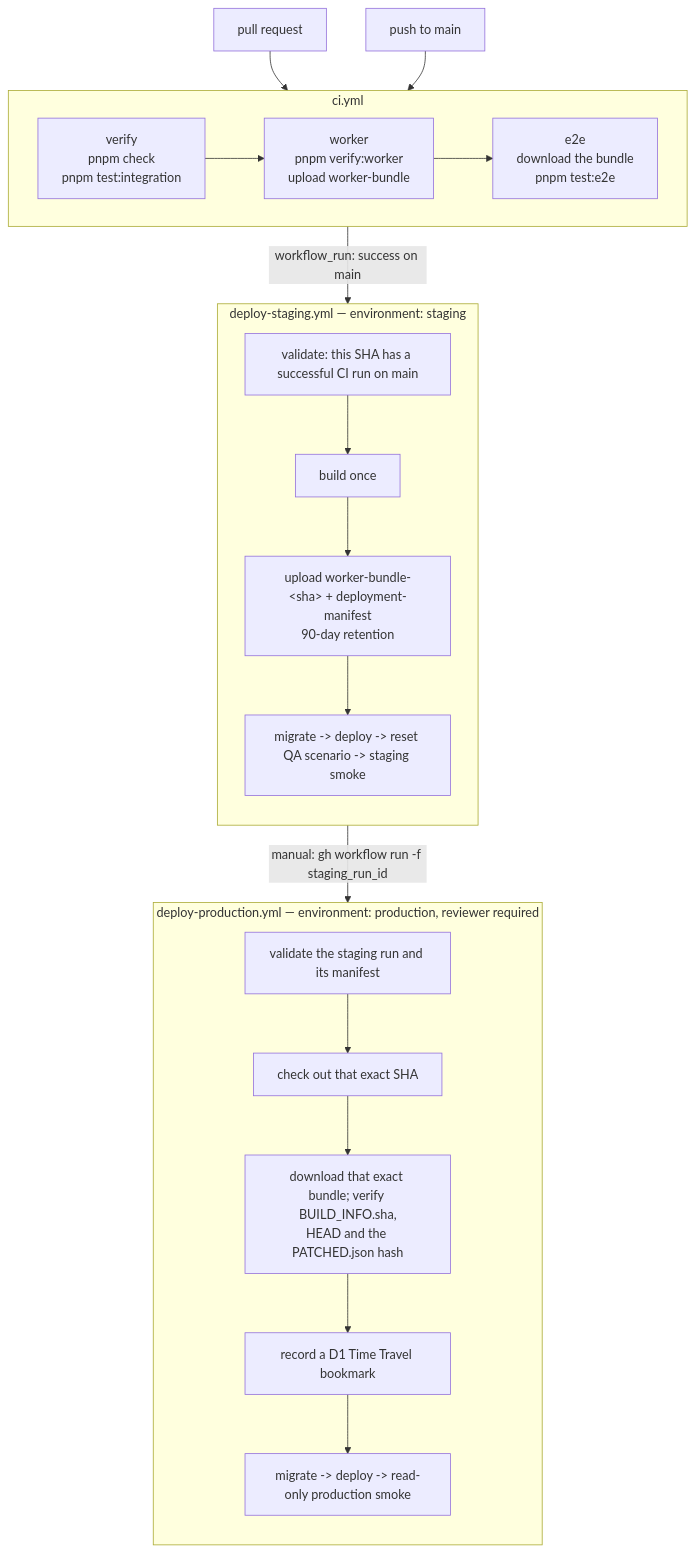
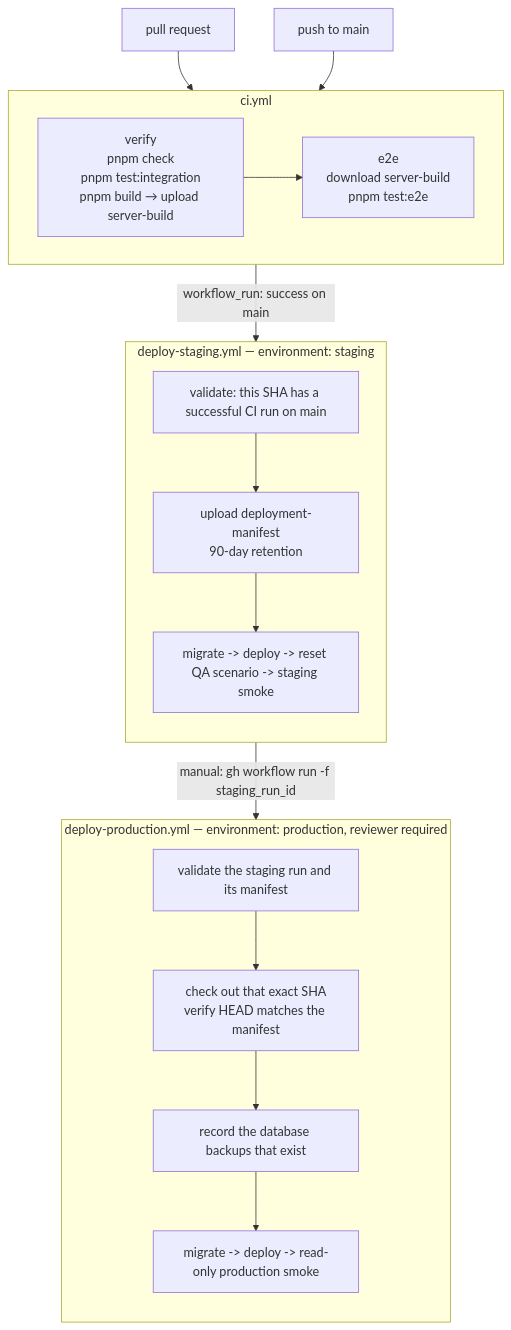
Diagram 12 of 14 in ARCHITECTURE.md (anbergem/seating-arrangement), drawn with Mermaid before and after one commit. The commit also changed other lines of this file and 102 other files, not shown here.

````diff
--- a/ARCHITECTURE.md
+++ b/ARCHITECTURE.md
@@ -536,25 +536,22 @@
 ```mermaid
 flowchart TB
   PR["pull request"] --> CI
   PUSH["push to main"] --> CI
   subgraph CI["ci.yml"]
     direction LR
-    V["verify<br/>pnpm check<br/>pnpm test:integration"] --> WK["worker<br/>pnpm verify:worker<br/>upload worker-bundle"]
-    WK --> E2E["e2e<br/>download the bundle<br/>pnpm test:e2e"]
+    V["verify<br/>pnpm check<br/>pnpm test:integration<br/>pnpm build → upload server-build"] --> E2E["e2e<br/>download server-build<br/>pnpm test:e2e"]
   end
   CI -->|"workflow_run: success on main"| ST
   subgraph ST["deploy-staging.yml — environment: staging"]
     direction TB
-    S1["validate: this SHA has a successful CI run on main"] --> S2["build once"]
-    S2 --> S3["upload worker-bundle-&lt;sha&gt; + deployment-manifest<br/>90-day retention"]
-    S3 --> S4["migrate -> deploy -> reset QA scenario -> staging smoke"]
+    S1["validate: this SHA has a successful CI run on main"] --> S2["upload deployment-manifest<br/>90-day retention"]
+    S2 --> S3["migrate -> deploy -> reset QA scenario -> staging smoke"]
   end
   ST -->|"manual: gh workflow run -f staging_run_id"| PR2
   subgraph PR2["deploy-production.yml — environment: production, reviewer required"]
     direction TB
-    P1["validate the staging run and its manifest"] --> P2["check out that exact SHA"]
-    P2 --> P3["download that exact bundle; verify BUILD_INFO.sha,<br/>HEAD and the PATCHED.json hash"]
-    P3 --> P4["record a D1 Time Travel bookmark"]
-    P4 --> P5["migrate -> deploy -> read-only production smoke"]
+    P1["validate the staging run and its manifest"] --> P2["check out that exact SHA<br/>verify HEAD matches the manifest"]
+    P2 --> P3["record the database backups that exist"]
+    P3 --> P4["migrate -> deploy -> read-only production smoke"]
   end
 ```
````
